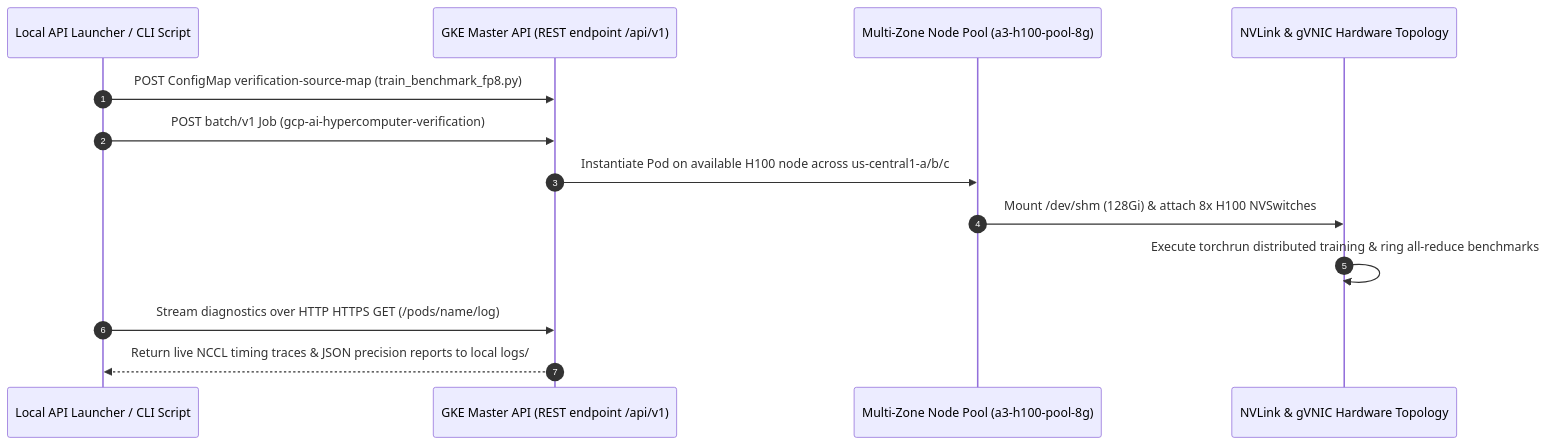
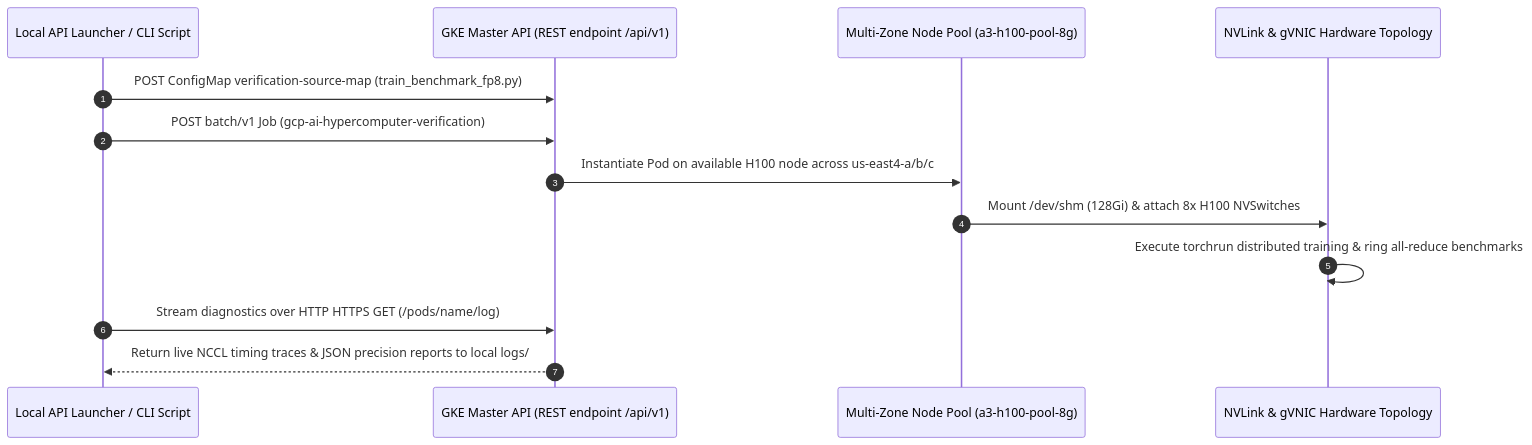
One commit to elideng-sg/hypercomputer-training-jobs changed the fourth of 4 diagrams in ARCHITECTURE.md. Above: the diagram before and after it, drawn with Mermaid. The commit also changed other lines of this file and 5 other files, not shown here.

````diff
--- a/ARCHITECTURE.md
+++ b/ARCHITECTURE.md
@@ -132,16 +132,16 @@
 ```mermaid
 sequenceDiagram
     autonumber
     participant Dev as Local API Launcher / CLI Script
     participant API as GKE Master API (REST endpoint /api/v1)
     participant Pool as Multi-Zone Node Pool (a3-h100-pool-8g)
     participant Fabric as NVLink & gVNIC Hardware Topology
 
     Dev->>API: POST ConfigMap verification-source-map (train_benchmark_fp8.py)
     Dev->>API: POST batch/v1 Job (gcp-ai-hypercomputer-verification)
-    API->>Pool: Instantiate Pod on available H100 node across us-central1-a/b/c
+    API->>Pool: Instantiate Pod on available H100 node across us-east4-a/b/c
     Pool->>Fabric: Mount /dev/shm (128Gi) & attach 8x H100 NVSwitches
     Fabric->>Fabric: Execute torchrun distributed training & ring all-reduce benchmarks
     Dev->>API: Stream diagnostics over HTTP HTTPS GET (/pods/name/log)
     API-->>Dev: Return live NCCL timing traces & JSON precision reports to local logs/
 ```
````
